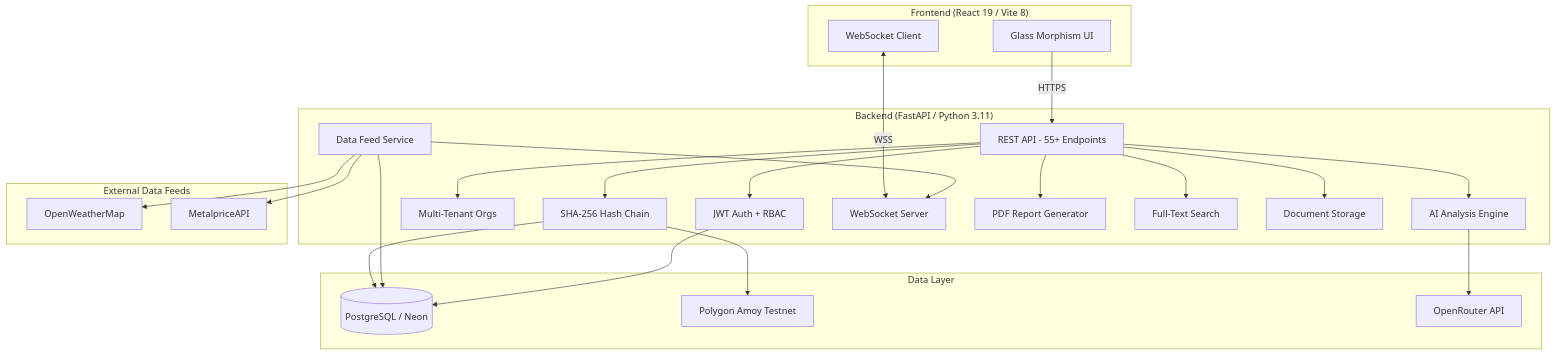
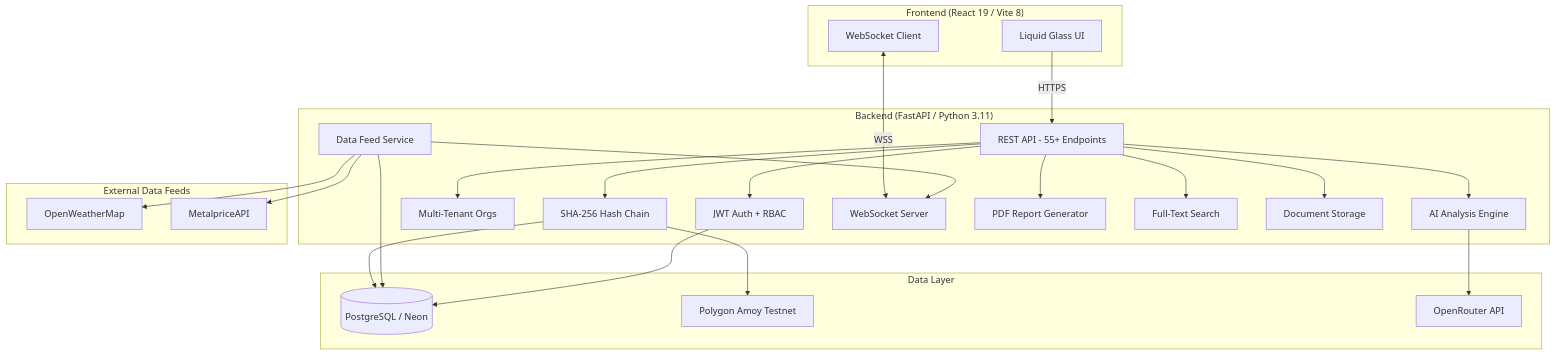
The first of 19 diagrams in README.md (infratracer/infratrace), drawn with Mermaid before and after one commit. The commit also changed other lines of this file and 2 other files, not shown here.

First line of the commit message:
fix: honest blockchain data + demo button + Liquid Glass naming

````diff
--- a/README.md
+++ b/README.md
@@ -25,49 +25,49 @@
 ```mermaid
 graph TB
     subgraph Frontend["Frontend (React 19 / Vite 8)"]
-        UI[Glass Morphism UI]
+        UI[Liquid Glass UI]
         WS_CLIENT[WebSocket Client]
     end
 
     subgraph Backend["Backend (FastAPI / Python 3.11)"]
         API[REST API - 55+ Endpoints]
         AUTH[JWT Auth + RBAC]
         ORG[Multi-Tenant Orgs]
         HASH[SHA-256 Hash Chain]
         AI_SVC[AI Analysis Engine]
         FEEDS[Data Feed Service]
         WS_SERVER[WebSocket Server]
         PDF[PDF Report Generator]
         SEARCH[Full-Text Search]
         DOCS[Document Storage]
     end
 
     subgraph Storage["Data Layer"]
         PG[(PostgreSQL / Neon)]
         BC[Polygon Amoy Testnet]
         OR[OpenRouter API]
     end
 
     subgraph External["External Data Feeds"]
         OWM[OpenWeatherMap]
         METAL[MetalpriceAPI]
     end
 
     UI -->|HTTPS| API
     WS_CLIENT <-->|WSS| WS_SERVER
     API --> AUTH
     API --> ORG
     API --> HASH
     API --> AI_SVC
     API --> PDF
     API --> SEARCH
     API --> DOCS
     FEEDS --> WS_SERVER
     FEEDS --> OWM
     FEEDS --> METAL
     HASH --> PG
     AI_SVC --> OR
     HASH --> BC
     FEEDS --> PG
     AUTH --> PG
 ```
````
